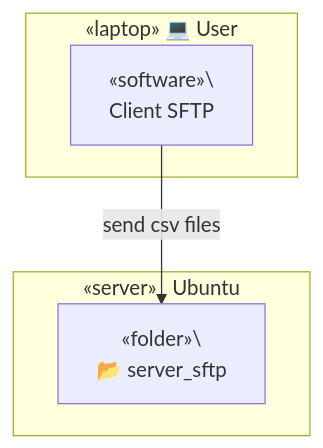
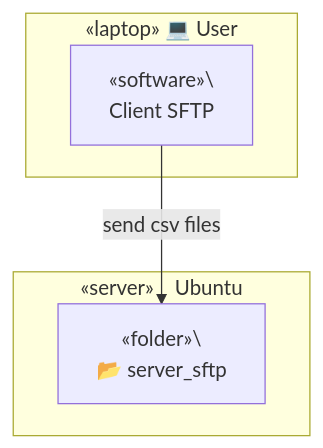
One commit to TrulyDigital/DATA_STREET changed the second of 4 diagrams in server_sftp/README.md. Above: the diagram before and after it, drawn with Mermaid.

Commit message:
update: server_sftp README.md

````diff
--- a/server_sftp/README.md
+++ b/server_sftp/README.md
@@ -14,13 +14,13 @@
 ```mermaid
 graph TD
     
     subgraph Container_A [«laptop» 💻 User]
         A1[«software»\<br> Client SFTP]
     end
 
-    subgraph Container_B [«server»&nbsp;&nbsp;&nbsp;Ubuntu]
+    subgraph Container_B [«server»&nbsp;&nbsp;&nbsp;&nbsp;Ubuntu]
         B1[«folder»\<br/> 📂 server_sftp]
     end
     
     A1 -- send csv files --> B1
 ```
````
